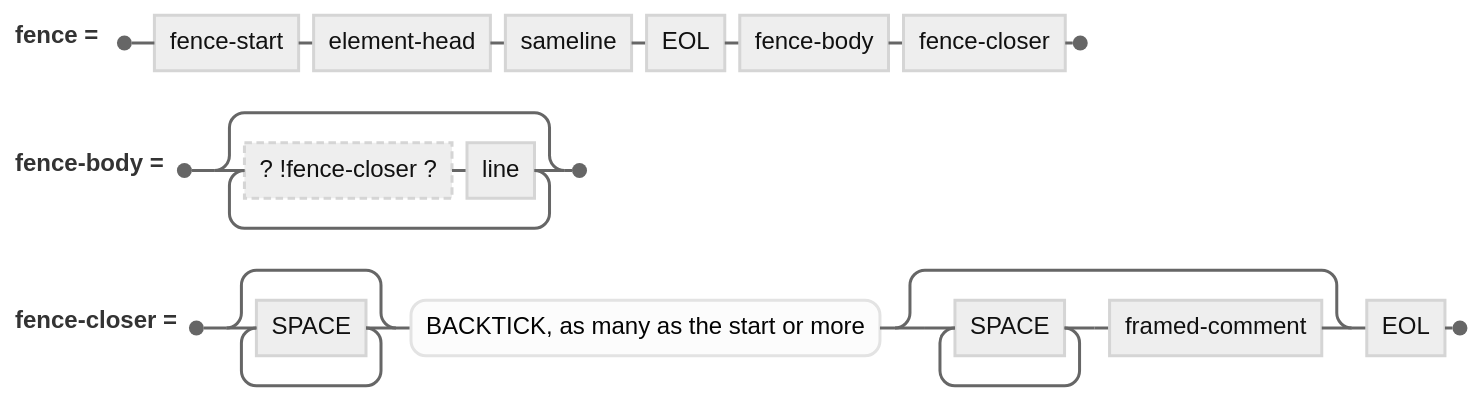
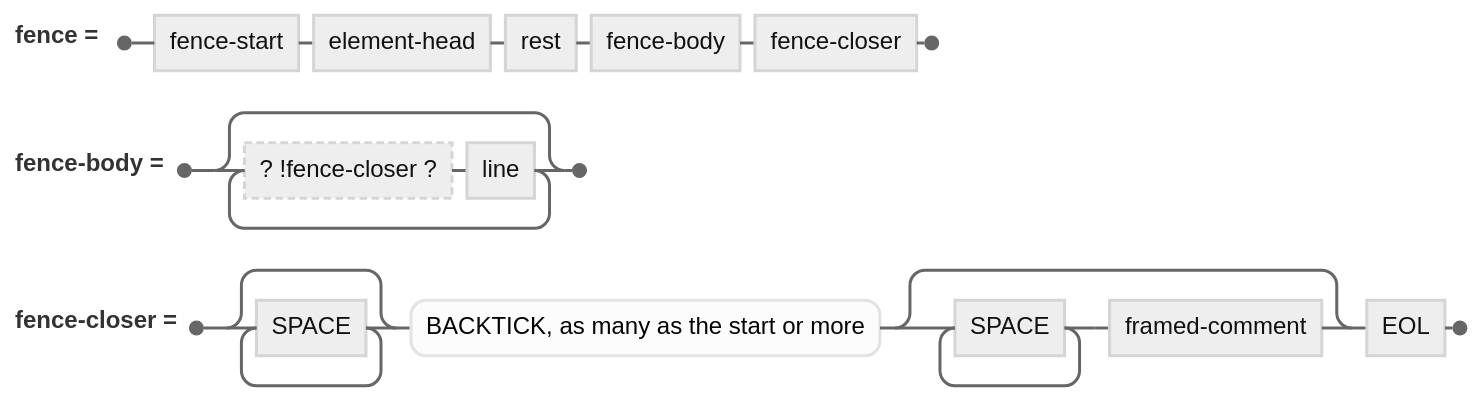
Before and after one commit to v2-io/udon: the eighth of 10 diagrams in v2/spec-lite-0.1.0/.int/railroad-2026-10-21.md, drawn with Mermaid (neutral theme). The commit also changed other lines of this file and 1 other file, not shown here.

First line of the commit message:
spec-lite-0.1.0: railroad: line is blank / comment-block / block-line / prose; block-line is what sameline named (Joseph, 2026-10-21), built from starts and items with the fence as the only last-item; verbatim recorded

````diff
--- a/v2/spec-lite-0.1.0/.int/railroad-2026-10-21.md
+++ b/v2/spec-lite-0.1.0/.int/railroad-2026-10-21.md
@@ -130,10 +133,10 @@
 ```mermaid
 railroad-peg-beta
 title "A fence"
-fence <- fence-start element-head sameline EOL fence-body fence-closer ;
-%% [[rule:fence-opener-line]]: after the start, the line reads like an element's line (name = the language, keys, traits, attributes, a framed comment)
+fence <- fence-start element-head rest fence-body fence-closer ;
+%% [[rule:fence-opener-line]]: after the start, the line reads like an element's line (name = the language, keys, traits, attributes, a framed comment); rest ends with the EOL (section 1)
 fence-body <- (!fence-closer line)* ;
 %% never scanned ([[rule:fence-body-not-scanned]]); every line keeps its ending ([[rule:fence-body-line-endings]]); dedented by the default handler unless the trait exact ([[rule:fence-body-dedent]], [[rule:fence-exact-trait]])
 fence-closer <- SPACE* "BACKTICK, as many as the start or more" (SPACE+ framed-comment)? EOL ;
 %% [[rule:fence-closes-at-n-or-more]]; error: anything else after the closer's backticks ([[rule:fence-closer-trailing-text-is-error]])
 ```
````
